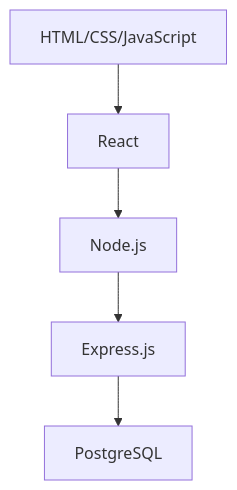
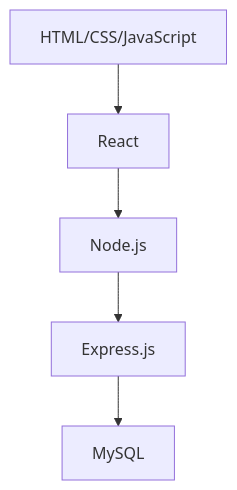
The diagram in test.md (officegeek/minimal-mistakes), drawn with Mermaid before and after one commit.

````diff
--- a/test.md
+++ b/test.md
@@ -1,7 +1,7 @@
 ```mermaid
 graph TD
     HTML[HTML/CSS/JavaScript] --> React
     React --> NodeJS[Node.js]
     NodeJS --> ExpressJS[Express.js]
-    ExpressJS --> PostgreSQL[PostgreSQL]
+    ExpressJS --> MySQL[MySQL]
 ```
````
